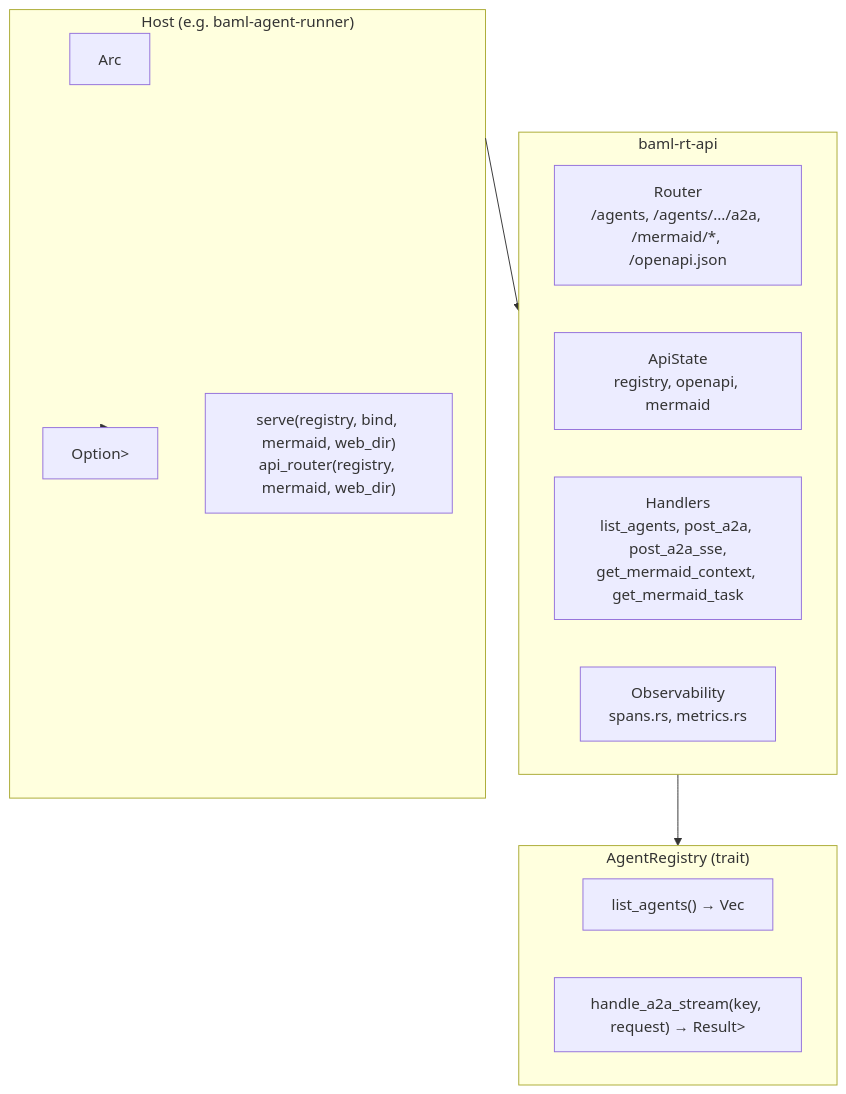
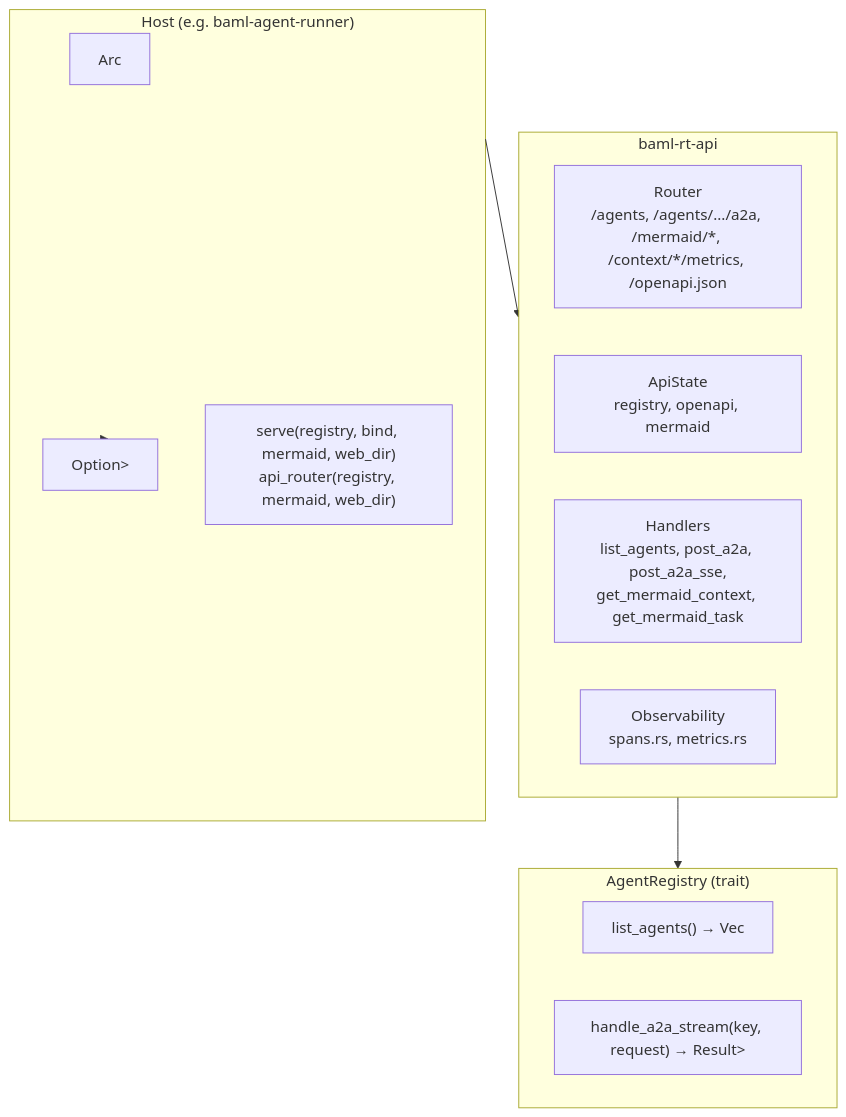
One commit to semiotic-agentium/agentium-os changed the diagram in crates/baml-rt-api/README.md. Above: the diagram before and after it, drawn with Mermaid. The commit also changed other lines of this file and 5 other files, not shown here.

````diff
--- a/crates/baml-rt-api/README.md
+++ b/crates/baml-rt-api/README.md
@@ -9,24 +9,24 @@
 ```mermaid
 flowchart TB
   subgraph Host["Host (e.g. baml-agent-runner)"]
     Registry["Arc<dyn AgentRegistry>"]
     Mermaid["Option<Arc<dyn MermaidService>>"]
     Entry["serve(registry, bind, mermaid, web_dir)\napi_router(registry, mermaid, web_dir)"]
   end
 
   subgraph API["baml-rt-api"]
-    Router["Router\n/agents, /agents/.../a2a, /mermaid/*, /openapi.json"]
+    Router["Router\n/agents, /agents/.../a2a, /mermaid/*, /context/*/metrics, /openapi.json"]
     State["ApiState\nregistry, openapi, mermaid"]
     Handlers["Handlers\nlist_agents, post_a2a, post_a2a_sse,\nget_mermaid_context, get_mermaid_task"]
     Obs["Observability\nspans.rs, metrics.rs"]
   end
 
   subgraph Trait["AgentRegistry (trait)"]
     List["list_agents() → Vec<AgentDiscoveryEntry>"]
     A2a["handle_a2a_stream(key, request) → Result<BusStream<Value>>"]
   end
 
   Host --> API
   Host --> Mermaid
   API --> Trait
 ```
````
